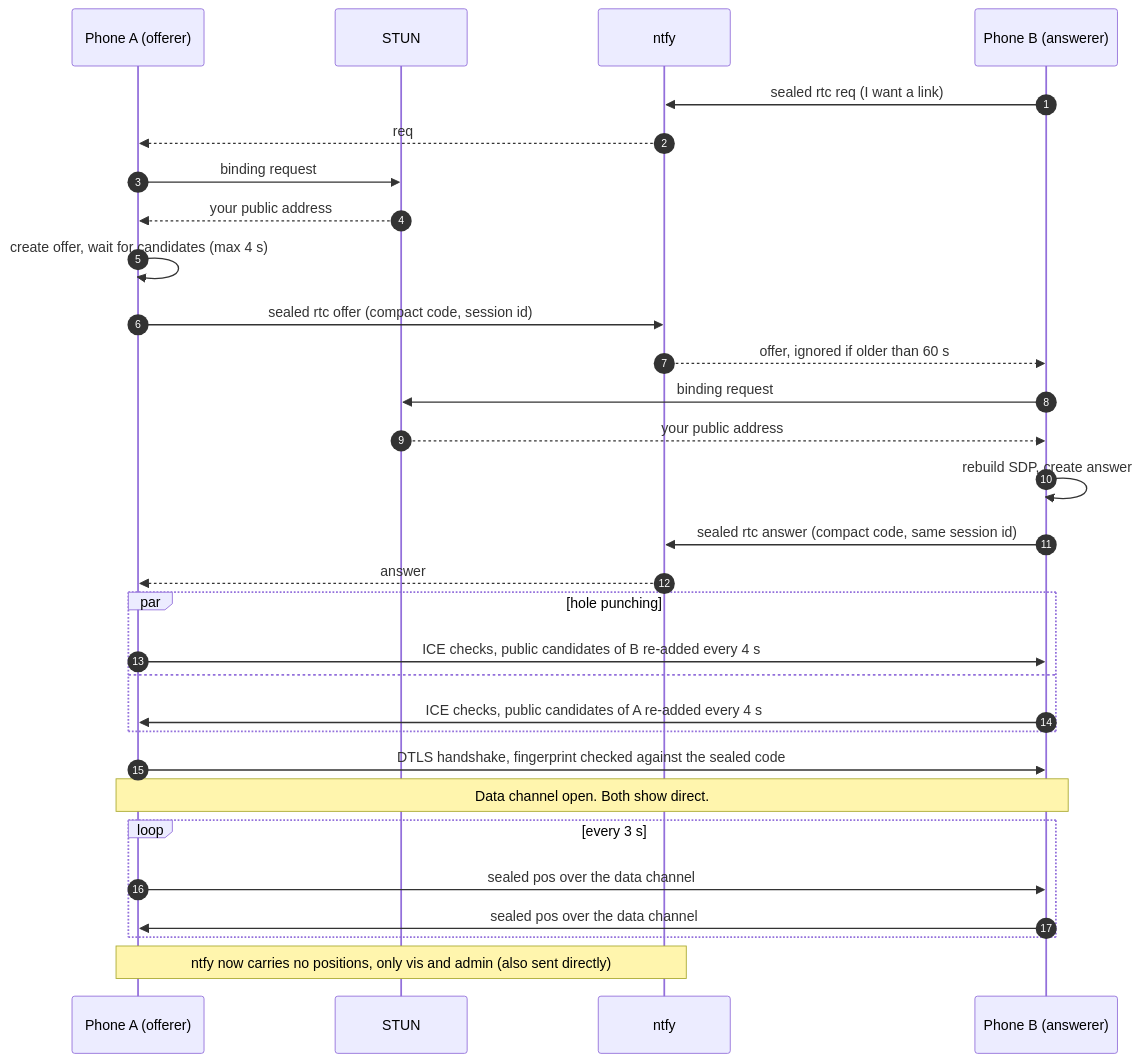
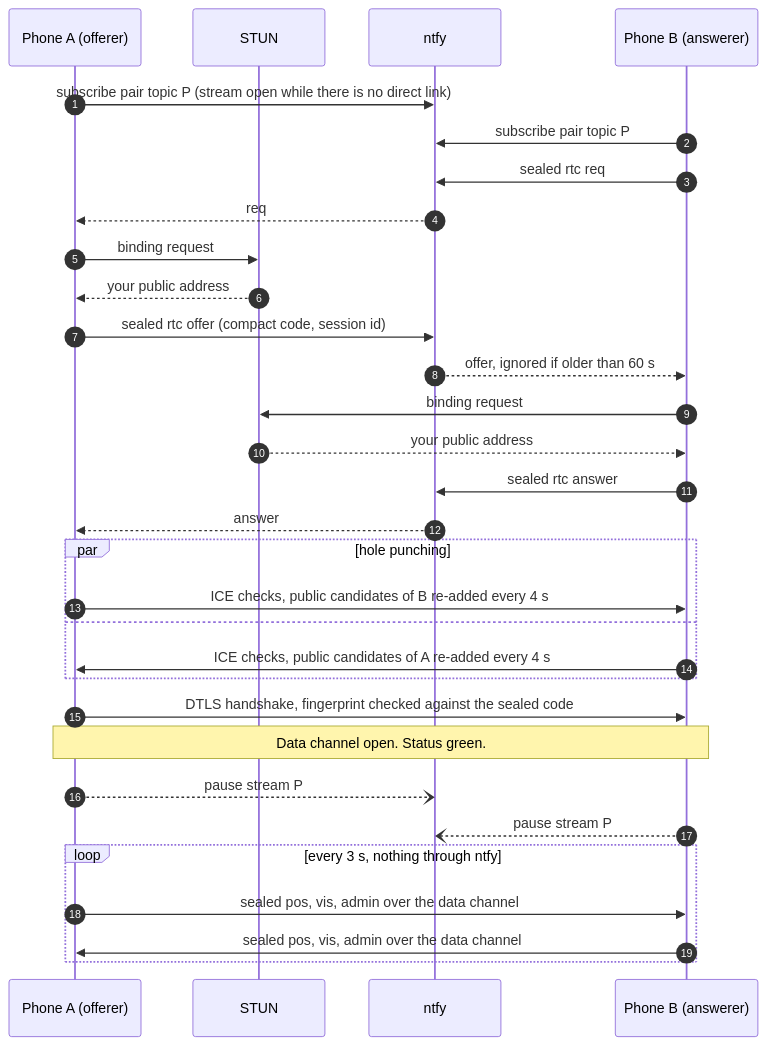
Before and after one commit to joranlager/rope: the second of 4 diagrams in README.md, drawn with Mermaid. The commit also changed other lines of this file and 20 other files, not shown here.

````diff
--- a/README.md
+++ b/README.md
@@ -227,32 +199,33 @@
 ```mermaid
 sequenceDiagram
     autonumber
     participant A as Phone A (offerer)
     participant S as STUN
     participant N as ntfy
     participant B as Phone B (answerer)
-    B->>N: sealed rtc req (I want a link)
+    A->>N: subscribe pair topic P (stream open while there is no direct link)
+    B->>N: subscribe pair topic P
+    B->>N: sealed rtc req
     N-->>A: req
     A->>S: binding request
     S-->>A: your public address
-    A->>A: create offer, wait for candidates (max 4 s)
     A->>N: sealed rtc offer (compact code, session id)
     N-->>B: offer, ignored if older than 60 s
     B->>S: binding request
     S-->>B: your public address
-    B->>B: rebuild SDP, create answer
-    B->>N: sealed rtc answer (compact code, same session id)
+    B->>N: sealed rtc answer
     N-->>A: answer
     par hole punching
         A->>B: ICE checks, public candidates of B re-added every 4 s
     and
         B->>A: ICE checks, public candidates of A re-added every 4 s
     end
     A->>B: DTLS handshake, fingerprint checked against the sealed code
-    Note over A,B: Data channel open. Both show direct.
-    loop every 3 s
-        A->>B: sealed pos over the data channel
-        B->>A: sealed pos over the data channel
+    Note over A,B: Data channel open. Status green.
+    A--)N: pause stream P
+    B--)N: pause stream P
+    loop every 3 s, nothing through ntfy
+        A->>B: sealed pos, vis, admin over the data channel
+        B->>A: sealed pos, vis, admin over the data channel
     end
-    Note over A,N: ntfy now carries no positions, only vis and admin (also sent directly)
 ```
````
